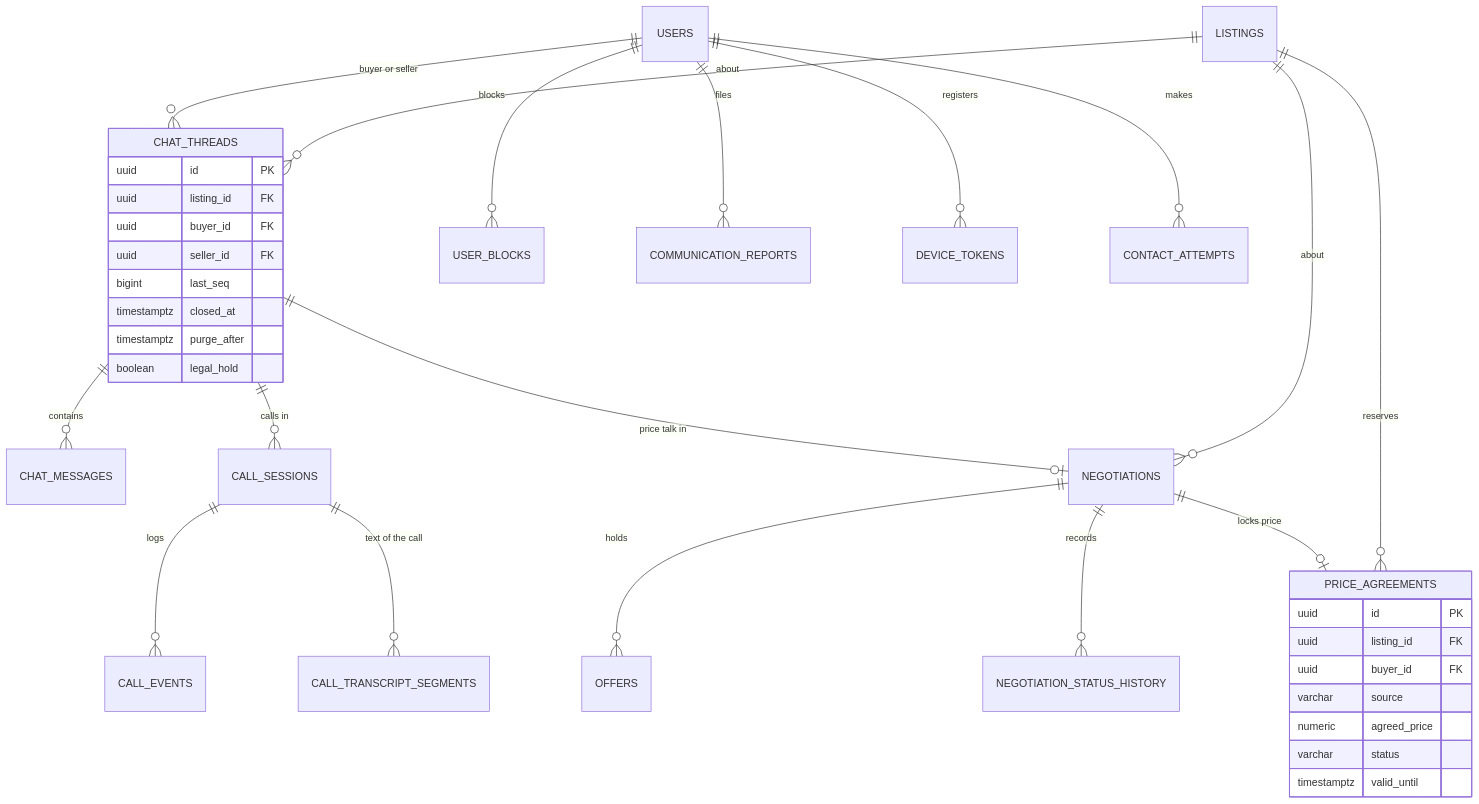
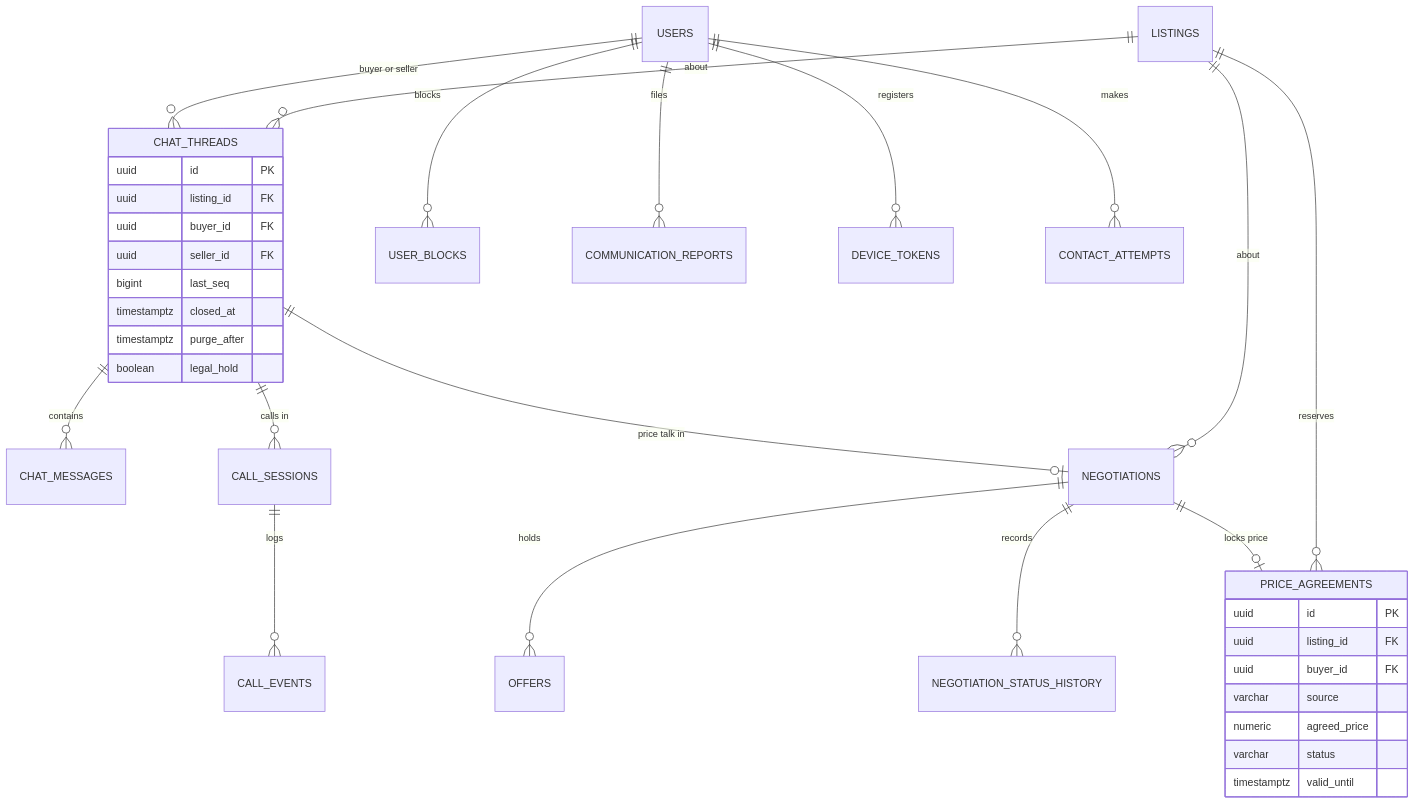
Before and after one commit to VSPL-New/Documents: the third of 15 diagrams in LLD/Sprint-4-Communication-Negotiation-LLD.md, drawn with Mermaid. The commit also changed other lines of this file and 9 other files, not shown here.

````diff
--- a/LLD/Sprint-4-Communication-Negotiation-LLD.md
+++ b/LLD/Sprint-4-Communication-Negotiation-LLD.md
@@ -305,38 +302,37 @@
 ```mermaid
 erDiagram
     USERS ||--o{ CHAT_THREADS : "buyer or seller"
     LISTINGS ||--o{ CHAT_THREADS : about
     CHAT_THREADS ||--o{ CHAT_MESSAGES : contains
     CHAT_THREADS ||--o{ CALL_SESSIONS : "calls in"
     CALL_SESSIONS ||--o{ CALL_EVENTS : logs
-    CALL_SESSIONS ||--o{ CALL_TRANSCRIPT_SEGMENTS : "text of the call"
     CHAT_THREADS ||--o| NEGOTIATIONS : "price talk in"
     LISTINGS ||--o{ NEGOTIATIONS : about
     NEGOTIATIONS ||--o{ OFFERS : holds
     NEGOTIATIONS ||--o{ NEGOTIATION_STATUS_HISTORY : records
     NEGOTIATIONS ||--o| PRICE_AGREEMENTS : "locks price"
     LISTINGS ||--o{ PRICE_AGREEMENTS : reserves
     USERS ||--o{ USER_BLOCKS : blocks
     USERS ||--o{ COMMUNICATION_REPORTS : files
     USERS ||--o{ DEVICE_TOKENS : registers
     USERS ||--o{ CONTACT_ATTEMPTS : makes
     CHAT_THREADS {
         uuid id PK
         uuid listing_id FK
         uuid buyer_id FK
         uuid seller_id FK
         bigint last_seq
         timestamptz closed_at
         timestamptz purge_after
         boolean legal_hold
     }
     PRICE_AGREEMENTS {
         uuid id PK
         uuid listing_id FK
         uuid buyer_id FK
         varchar source
         numeric agreed_price
         varchar status
         timestamptz valid_until
     }
 ```
````
